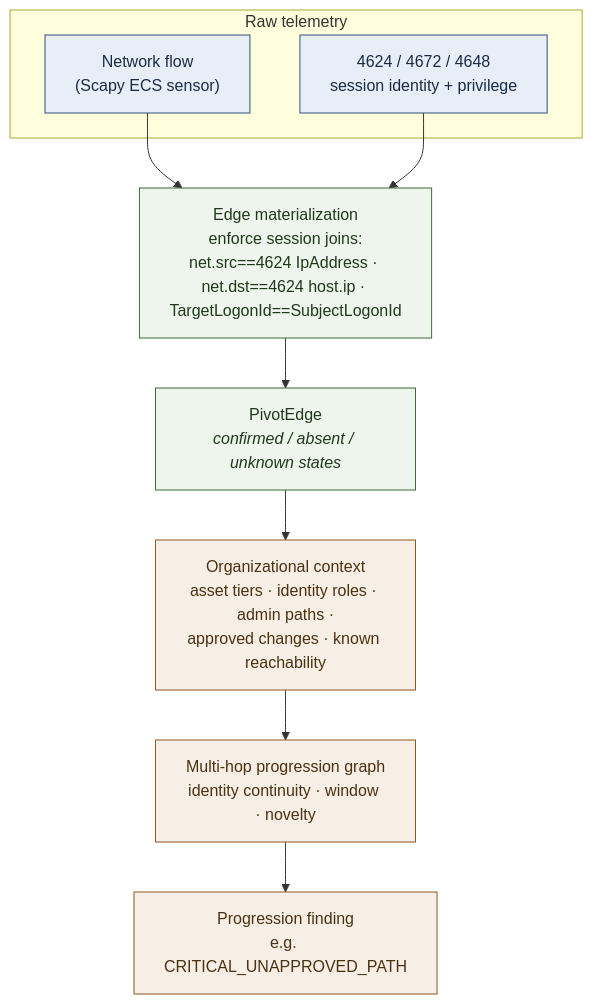
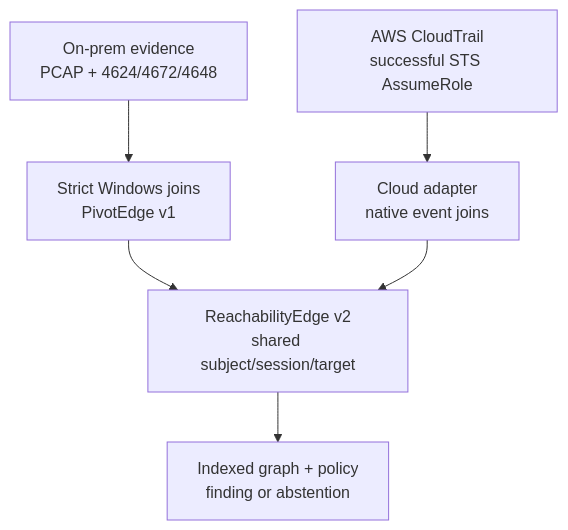
The diagram in docs/architecture.md (Conqueror226/detection-engineering-portfolio), drawn with Mermaid before and after one commit. The commit also changed other lines of this file and 20 other files, not shown here.

First line of the commit message:
Add evidence-based hybrid reachability (#3)

````diff
--- a/docs/architecture.md
+++ b/docs/architecture.md
@@ -10,22 +9,8 @@
 ```mermaid
 flowchart TD
-  subgraph SRC["Raw telemetry"]
-    N["Network flow<br/>(Scapy ECS sensor)"]
-    A["4624 / 4672 / 4648<br/>session identity + privilege"]
-  end
-
-  N --> M["Edge materialization<br/>enforce session joins:<br/>net.src==4624 IpAddress · net.dst==4624 host.ip · TargetLogonId==SubjectLogonId"]
-  A --> M
-  M --> E["PivotEdge<br/><i>confirmed / absent / unknown states</i>"]
-
-  E --> CTX["Organizational context<br/>asset tiers · identity roles · admin paths ·<br/>approved changes · known reachability"]
-  CTX --> G["Multi-hop progression graph<br/>identity continuity · window · novelty"]
-  G --> F["Progression finding<br/>e.g. CRITICAL_UNAPPROVED_PATH"]
-
-  classDef src fill:#e8eef7,stroke:#33517a,color:#1a2b45;
-  classDef edge fill:#eef5ec,stroke:#3d6b34,color:#1f3a1a;
-  classDef corr fill:#f7efe6,stroke:#8a5a1f,color:#4a3210;
-  class N,A src;
-  class M,E edge;
-  class CTX,G,F corr;
+  W["On-prem evidence<br/>PCAP + 4624/4672/4648"] --> P["Strict Windows joins<br/>PivotEdge v1"]
+  C["AWS CloudTrail<br/>successful STS AssumeRole"] --> A["Cloud adapter<br/>native event joins"]
+  P --> U["ReachabilityEdge v2<br/>shared subject/session/target"]
+  A --> U
+  U --> G["Indexed graph + policy<br/>finding or abstention"]
 ```
````
